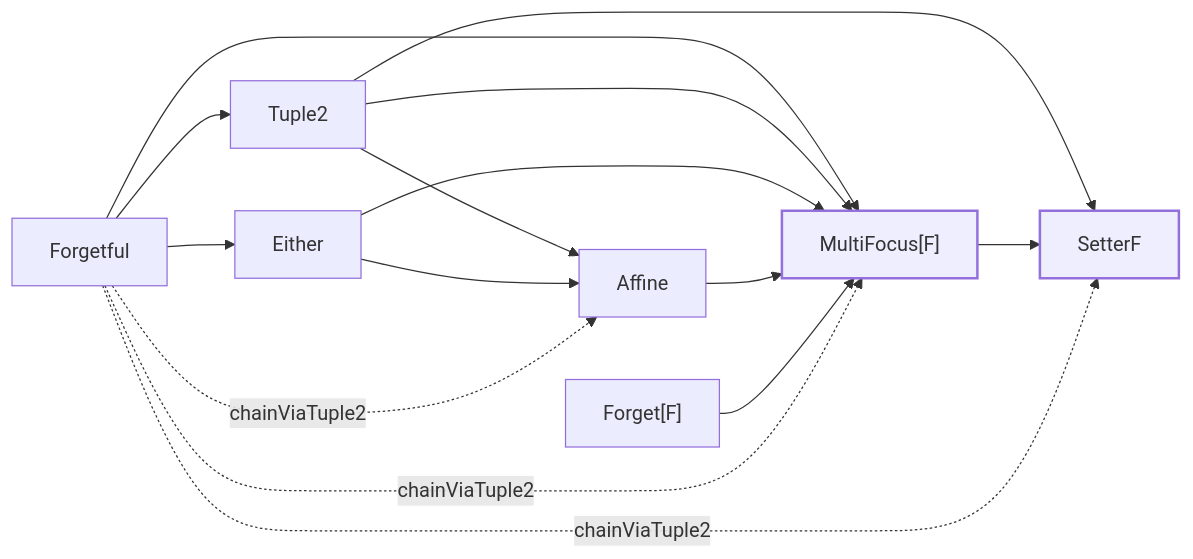
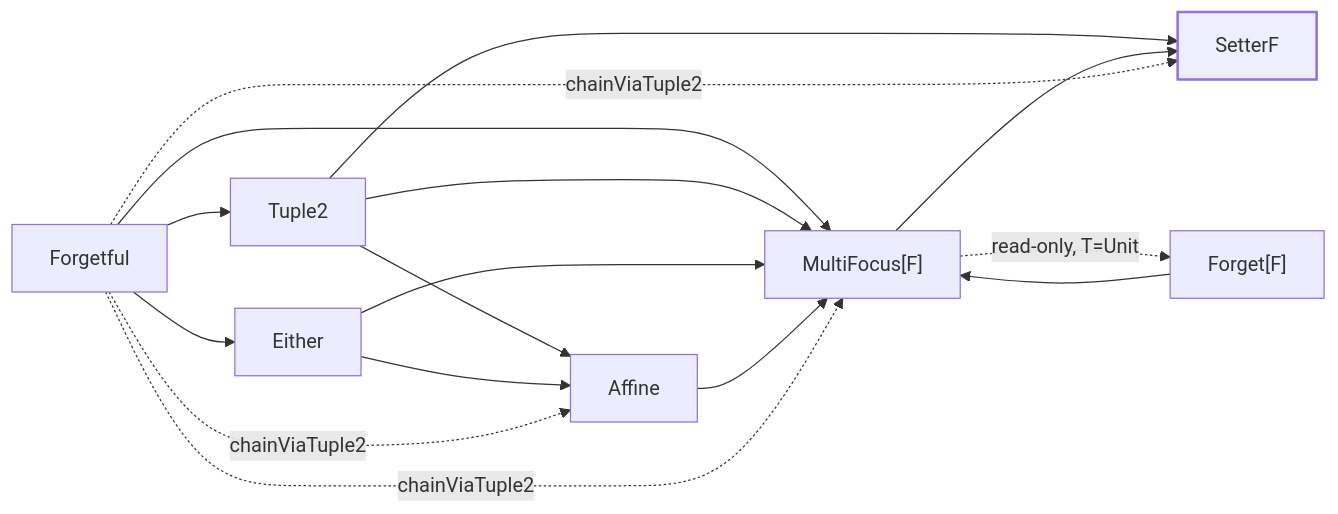
Before and after one commit to Constructive-Programming/eo: the diagram in site/docs/concepts.md, drawn with Mermaid. The commit also changed other lines of this file and 9 other files, not shown here.

````diff
--- a/site/docs/concepts.md
+++ b/site/docs/concepts.md
@@ -175,20 +177,20 @@
 ```mermaid
 flowchart LR
   Forgetful --> Tuple2
   Forgetful --> Either
   Forgetful --> MFocus["MultiFocus[F]"]
   Tuple2 --> Affine
   Tuple2 --> SetterF
   Tuple2 --> MFocus
   Either --> Affine
   Either --> MFocus
   Affine --> MFocus
   ForgetF["Forget[F]"] --> MFocus
   MFocus --> SetterF
+  MFocus -.->|read-only, T=Unit| ForgetF
   Forgetful -.->|chainViaTuple2| Affine
   Forgetful -.->|chainViaTuple2| SetterF
   Forgetful -.->|chainViaTuple2| MFocus
   SetterF:::sink
-  MFocus:::sink
   classDef sink stroke-dasharray: 0,stroke-width:2px,fill:#eef
 ```
````
